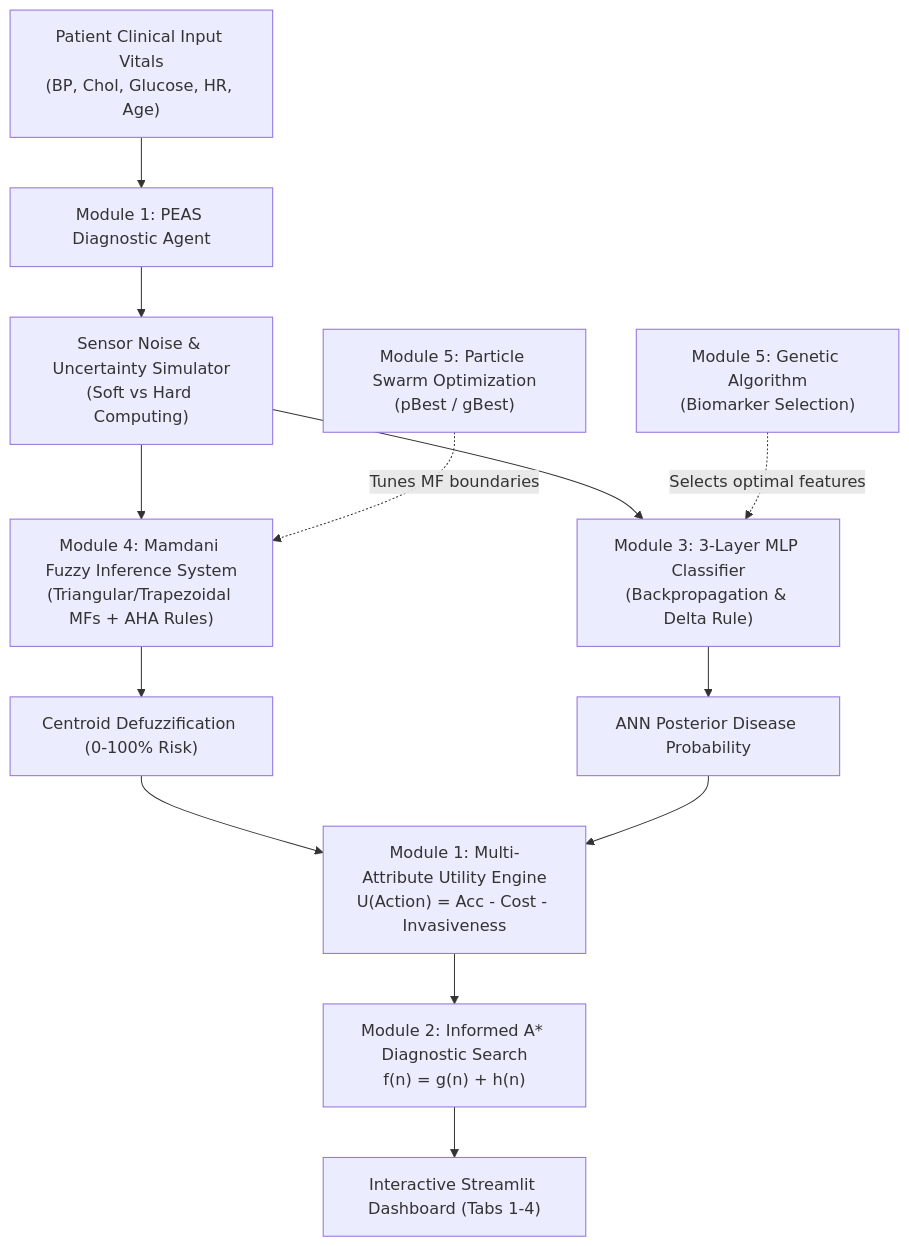
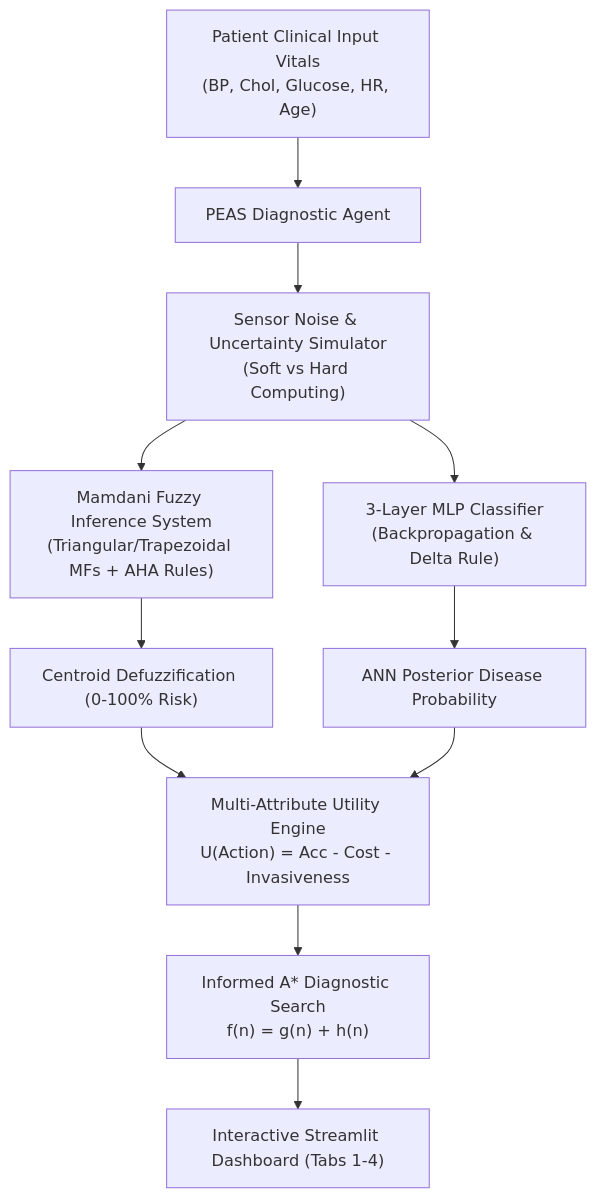
The diagram in README.md (titas-mahato/fuzzy-medical-diagnostic), drawn with Mermaid before and after one commit. The commit also changed other lines of this file and 17 other files, not shown here.

Commit message:
feat(cdss): refactor clinical decision support system with dataset analytics and astar search

````diff
--- a/README.md
+++ b/README.md
@@ -11,15 +11,13 @@
 ```mermaid
 graph TD
-    A["Patient Clinical Input Vitals<br/>(BP, Chol, Glucose, HR, Age)"] --> B["Module 1: PEAS Diagnostic Agent"]
+    A["Patient Clinical Input Vitals<br/>(BP, Chol, Glucose, HR, Age)"] --> B["PEAS Diagnostic Agent"]
     B --> C["Sensor Noise & Uncertainty Simulator<br/>(Soft vs Hard Computing)"]
-    C --> D["Module 4: Mamdani Fuzzy Inference System<br/>(Triangular/Trapezoidal MFs + AHA Rules)"]
-    C --> E["Module 3: 3-Layer MLP Classifier<br/>(Backpropagation & Delta Rule)"]
+    C --> D["Mamdani Fuzzy Inference System<br/>(Triangular/Trapezoidal MFs + AHA Rules)"]
+    C --> E["3-Layer MLP Classifier<br/>(Backpropagation & Delta Rule)"]
     D --> F["Centroid Defuzzification (0-100% Risk)"]
     E --> G["ANN Posterior Disease Probability"]
-    F --> H["Module 1: Multi-Attribute Utility Engine<br/>U(Action) = Acc - Cost - Invasiveness"]
+    F --> H["Multi-Attribute Utility Engine<br/>U(Action) = Acc - Cost - Invasiveness"]
     G --> H
-    H --> I["Module 2: Informed A* Diagnostic Search<br/>f(n) = g(n) + h(n)"]
-    J["Module 5: Genetic Algorithm<br/>(Biomarker Selection)"] -.->|Selects optimal features| E
-    K["Module 5: Particle Swarm Optimization<br/>(pBest / gBest)"] -.->|Tunes MF boundaries| D
+    H --> I["Informed A* Diagnostic Search<br/>f(n) = g(n) + h(n)"]
     I --> L["Interactive Streamlit Dashboard (Tabs 1-4)"]
 ```
````
